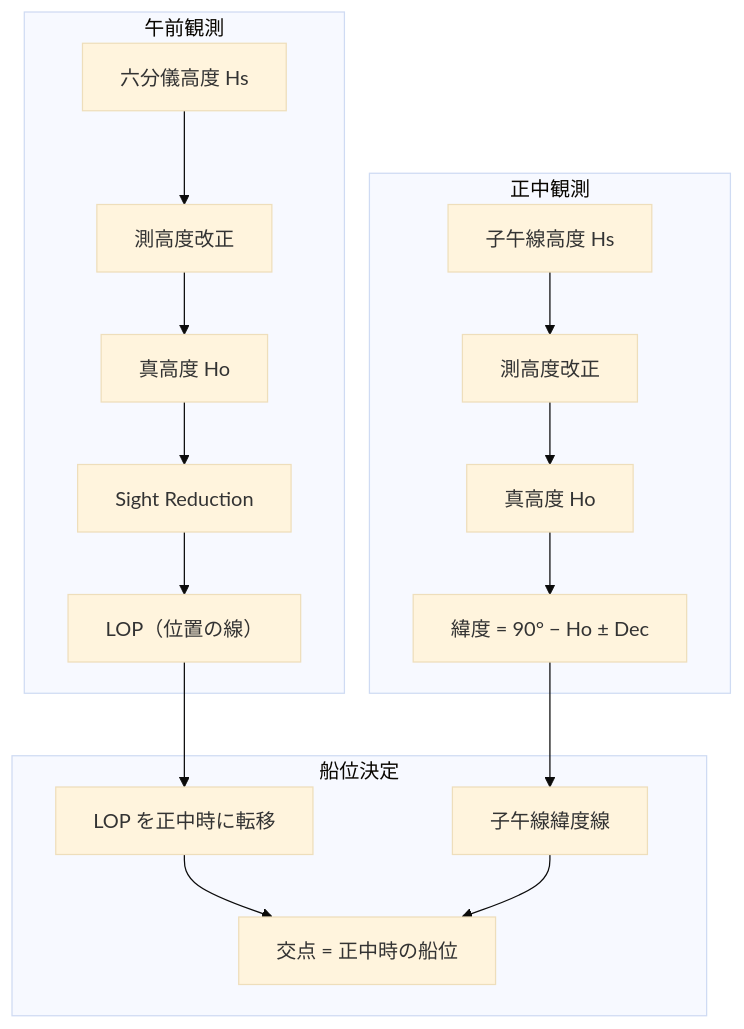
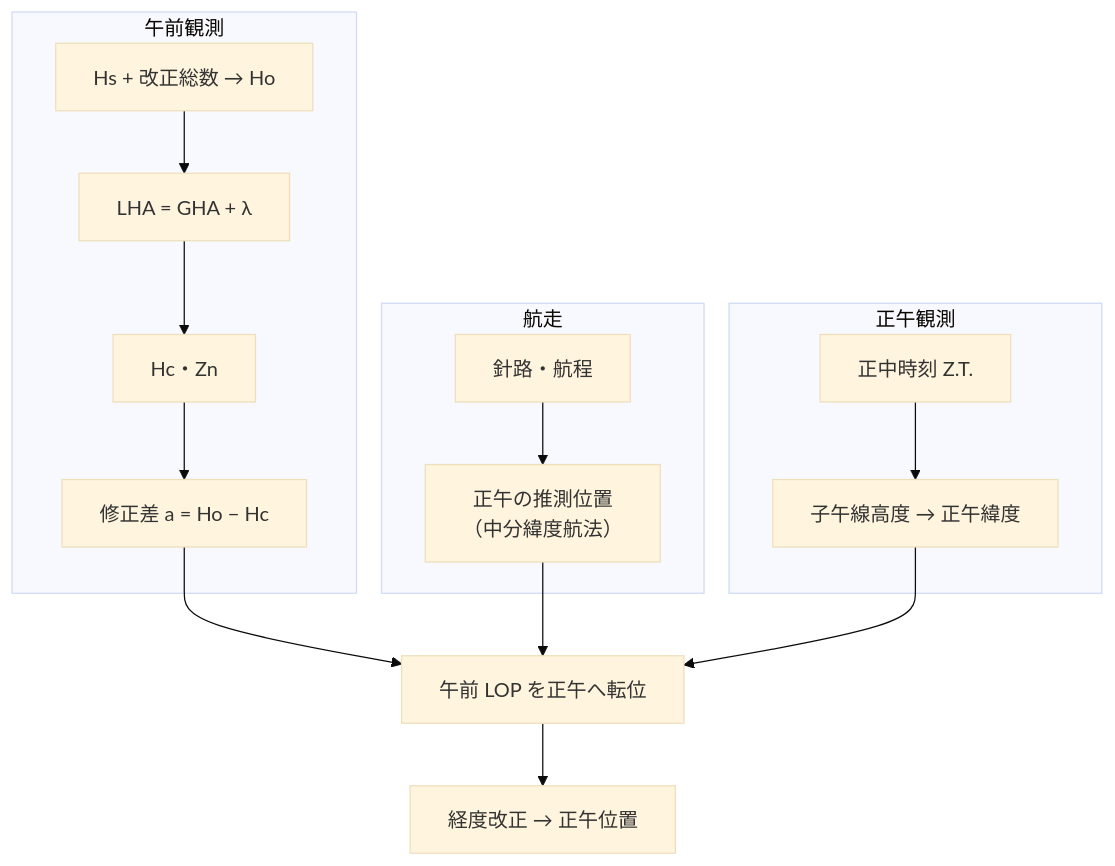
The diagram in docs/exam.md (serkenn/Navigation-calculations), drawn with Mermaid (base theme) before and after one commit. The commit also changed other lines of this file and 6 other files, not shown here.

````diff
--- a/docs/exam.md
+++ b/docs/exam.md
@@ -11,22 +31,18 @@
 ```mermaid
 flowchart TD
     subgraph 午前観測
-        A1[六分儀高度 Hs] --> A2[測高度改正]
-        A2 --> A3[真高度 Ho]
-        A3 --> A4[Sight Reduction]
-        A4 --> A5["LOP（位置の線）"]
+        A1["Hs + 改正総数 → Ho"] --> A2["LHA = GHA + λ"]
+        A2 --> A3["Hc・Zn"]
+        A3 --> A4["修正差 a = Ho − Hc"]
     end
-
-    subgraph 正中観測
-        B1[子午線高度 Hs] --> B2[測高度改正]
-        B2 --> B3[真高度 Ho]
-        B3 --> B4["緯度 = 90° − Ho ± Dec"]
+    subgraph 航走
+        B1["針路・航程"] --> B2["正午の推測位置<br>（中分緯度航法）"]
     end
-
-    subgraph 船位決定
-        A5 --> C1[LOP を正中時に転移]
-        B4 --> C2[子午線緯度線]
-        C1 --> C3[交点 = 正中時の船位]
-        C2 --> C3
+    subgraph 正午観測
+        C1["正中時刻 Z.T."] --> C2["子午線高度 → 正午緯度"]
     end
+    A4 --> D["午前 LOP を正午へ転位"]
+    B2 --> D
+    C2 --> D
+    D --> E["経度改正 → 正午位置"]
 ```
````
